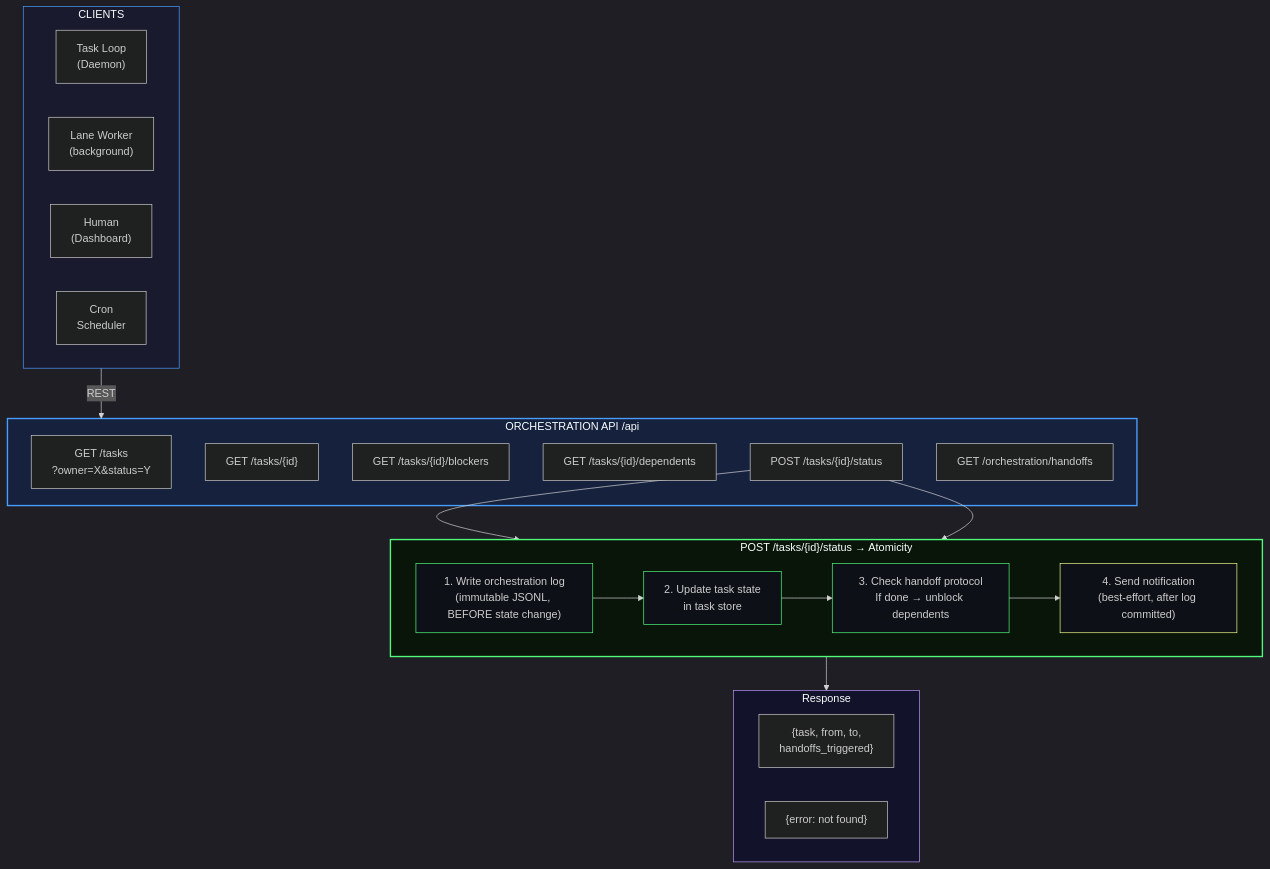
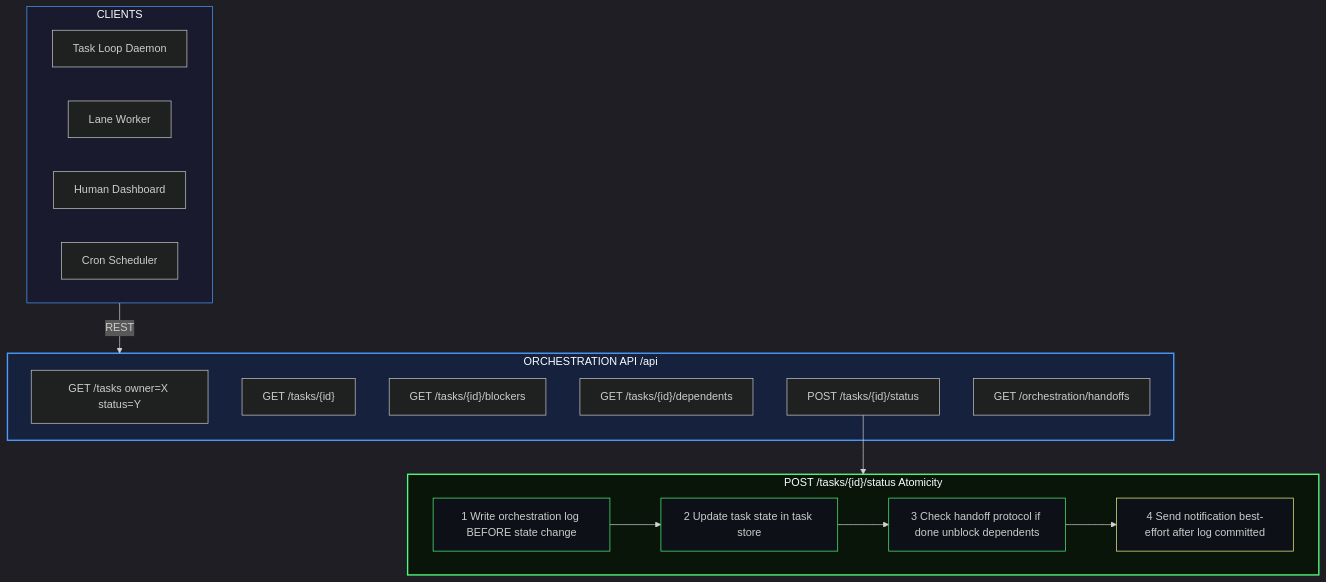
Before and after one commit to mmartoccia/ghost-orchestration-pattern: the diagram in diagrams/MC_API.mmd, drawn with Mermaid. The commit also changed 5 other files, not shown here.

First line of the commit message:
Simplify all diagrams to basic Mermaid syntax for maximum compatibility

````diff
--- a/diagrams/MC_API.mmd
+++ b/diagrams/MC_API.mmd
@@ -1,50 +1,38 @@
 ```mermaid
 %%{init: {"theme": "dark"}}%%
 flowchart TB
     subgraph CLIENTS["CLIENTS"]
-        DAEMON["Task Loop\n(Daemon)"]
-        WORKER["Lane Worker\n(background)"]
-        HUMAN["Human\n(Dashboard)"]
-        CRON["Cron\nScheduler"]
+        DAEMON["Task Loop Daemon"]
+        WORKER["Lane Worker"]
+        HUMAN["Human Dashboard"]
+        CRON["Cron Scheduler"]
     end
 
-    subgraph API["ORCHESTRATION API  /api"]
-        GET_TASKS["GET  /tasks\n?owner=X&status=Y"]
-        GET_TASK["GET  /tasks/{id}"]
-        GET_BLOCKERS["GET  /tasks/{id}/blockers"]
-        GET_DEPS["GET  /tasks/{id}/dependents"]
-        POST_STATUS["POST /tasks/{id}/status"]
-        GET_HANDOFFS["GET  /orchestration/handoffs"]
+    subgraph API["ORCHESTRATION API /api"]
+        GET1["GET /tasks owner=X status=Y"]
+        GET2["GET /tasks/{id}"]
+        GET3["GET /tasks/{id}/blockers"]
+        GET4["GET /tasks/{id}/dependents"]
+        POST["POST /tasks/{id}/status"]
+        GET5["GET /orchestration/handoffs"]
     end
 
     CLIENTS -->|"REST"| API
 
-    POST_STATUS --> SEQUENCE
-
-    subgraph SEQUENCE["POST /tasks/{id}/status  →  Atomicity"]
-        STEP1["1. Write orchestration log\n(immutable JSONL, BEFORE state change)"]
-        STEP2["2. Update task state\nin task store"]
-        STEP3["3. Check handoff protocol\nIf done → unblock dependents"]
-        STEP4["4. Send notification\n(best-effort, after log committed)"]
-        
-        STEP1 --> STEP2 --> STEP3 --> STEP4
+    subgraph SEQ["POST /tasks/{id}/status Atomicity"]
+        S1["1 Write orchestration log BEFORE state change"]
+        S2["2 Update task state in task store"]
+        S3["3 Check handoff protocol if done unblock dependents"]
+        S4["4 Send notification best-effort after log committed"]
+        S1 --> S2 --> S3 --> S4
     end
-
-    POST_STATUS --> SEQUENCE
-
-    subgraph RESPONSE["Response"]
-        OK["{task, from, to,\nhandoffs_triggered}"]
-        ERR["{error: not found}"]
-    end
-
-    SEQUENCE --> RESPONSE
+    POST --> SEQ
 
     style CLIENTS fill:#1a1a2e,stroke:#4a9eff,stroke-width:1px
     style API fill:#16213e,stroke:#4a9eff,stroke-width:2px
-    style SEQUENCE fill:#0a150a,stroke:#50fa7b,stroke-width:2px
-    style STEP1 fill:#0d1117,stroke:#50fa7b,stroke-width:1px
-    style STEP2 fill:#0d1117,stroke:#50fa7b,stroke-width:1px
-    style STEP3 fill:#0d1117,stroke:#50fa7b,stroke-width:1px
-    style STEP4 fill:#0d1117,stroke:#f1fa8c,stroke-width:1px
-    style RESPONSE fill:#12122a,stroke:#bd93f9,stroke-width:1px
+    style SEQ fill:#0a150a,stroke:#50fa7b,stroke-width:2px
+    style S1 fill:#0d1117,stroke:#50fa7b
+    style S2 fill:#0d1117,stroke:#50fa7b
+    style S3 fill:#0d1117,stroke:#50fa7b
+    style S4 fill:#0d1117,stroke:#f1fa8c
 ```
````
